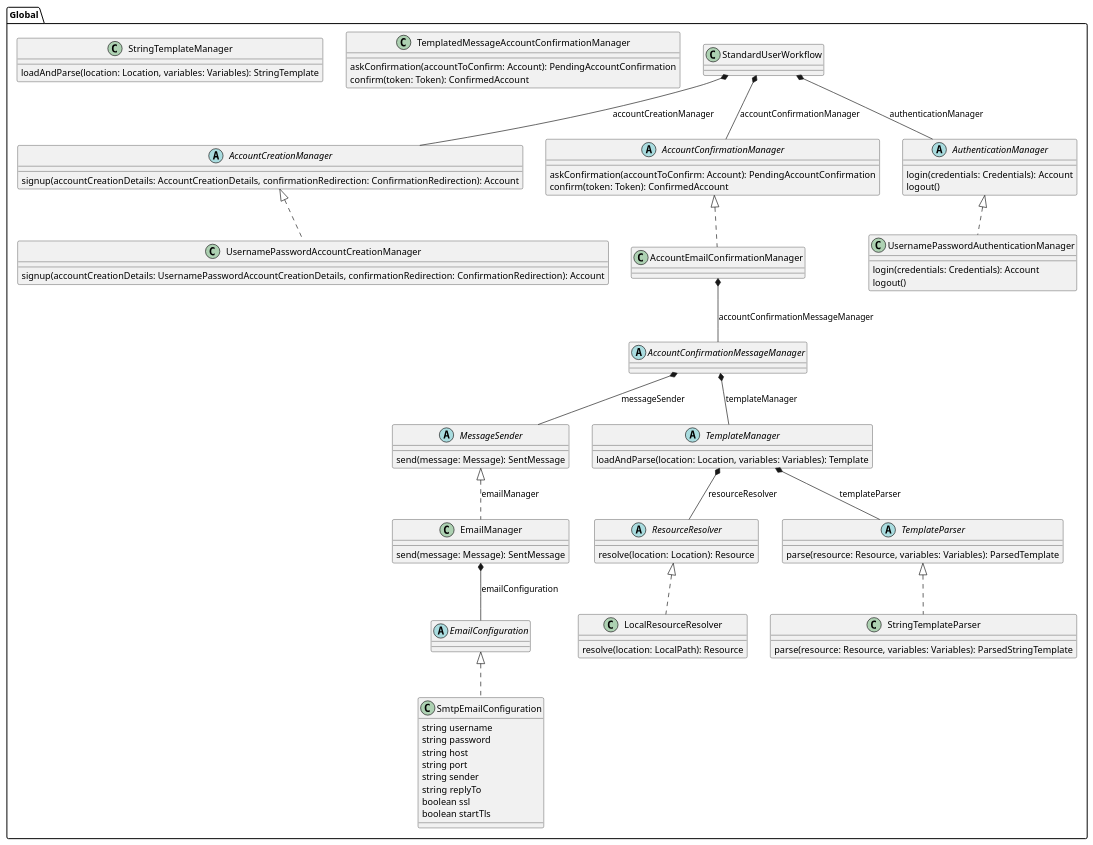
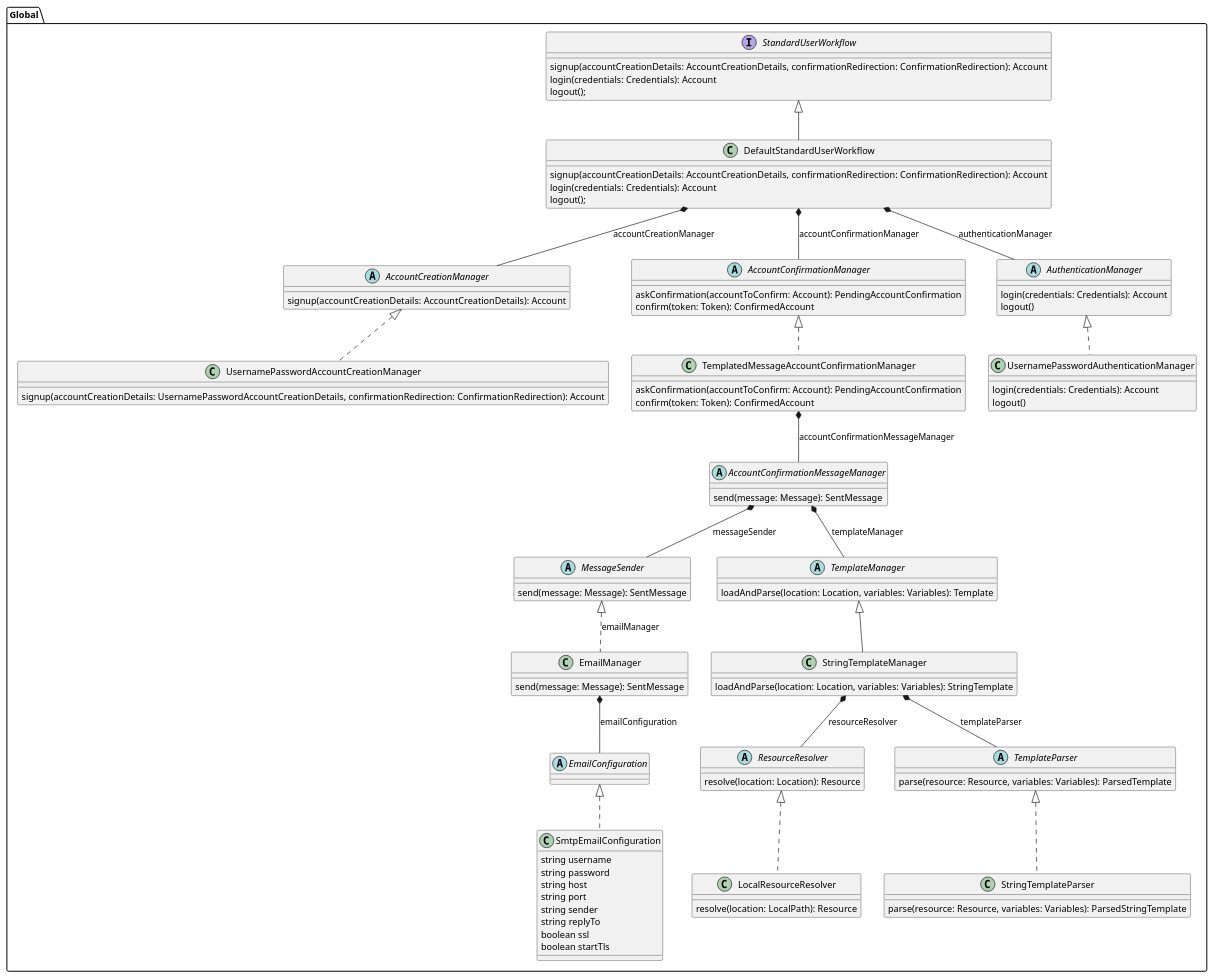
The diagram in src/docs/asciidoc/common/cloud-services/user-management/classes-diagram/global-classes-diagram.adoc (Naeoth/documentation), drawn with PlantUML before and after one commit. The commit also changed 1 other file, not shown here.

Commit message:
Update classes diagrams

```diff
--- a/src/docs/asciidoc/common/cloud-services/user-management/classes-diagram/global-classes-diagram.adoc
+++ b/src/docs/asciidoc/common/cloud-services/user-management/classes-diagram/global-classes-diagram.adoc
@@ -5,10 +5,22 @@
 [plantuml, global-classes-diagram, png]
 ....
 package "Global" {
-    class StandardUserWorkflow
+    interface StandardUserWorkflow {
+        signup(accountCreationDetails: AccountCreationDetails, confirmationRedirection: ConfirmationRedirection): Account
+        login(credentials: Credentials): Account
+        logout();
+    }
+
+    class DefaultStandardUserWorkflow {
+        signup(accountCreationDetails: AccountCreationDetails, confirmationRedirection: ConfirmationRedirection): Account
+        login(credentials: Credentials): Account
+        logout();
+    }
+
+    StandardUserWorkflow ^-- DefaultStandardUserWorkflow
 
     abstract class AccountCreationManager {
-        signup(accountCreationDetails: AccountCreationDetails, confirmationRedirection: ConfirmationRedirection): Account
+        signup(accountCreationDetails: AccountCreationDetails): Account
     }
     
     class UsernamePasswordAccountCreationManager {
@@ -36,15 +48,21 @@
         logout()
     }
 
-    StandardUserWorkflow *-- AccountCreationManager : accountCreationManager
-    StandardUserWorkflow *-- AccountConfirmationManager : accountConfirmationManager
-    StandardUserWorkflow *-- AuthenticationManager : authenticationManager
+    DefaultStandardUserWorkflow *-- AccountCreationManager : accountCreationManager
+    DefaultStandardUserWorkflow *-- AccountConfirmationManager : accountConfirmationManager
+    DefaultStandardUserWorkflow *-- AuthenticationManager : authenticationManager
 
     AuthenticationManager ^.. UsernamePasswordAuthenticationManager
     AccountCreationManager ^.. UsernamePasswordAccountCreationManager
-    AccountConfirmationManager ^.. AccountEmailConfirmationManager
+    AccountConfirmationManager ^.. TemplatedMessageAccountConfirmationManager
+    
 
-    abstract class AccountConfirmationMessageManager
+
+
+    abstract class AccountConfirmationMessageManager {
+        send(message: Message): SentMessage
+    }
+
     abstract class MessageSender {
         send(message: Message): SentMessage
     }
@@ -65,7 +83,7 @@
         boolean startTls
     }
 
-    AccountEmailConfirmationManager *-- AccountConfirmationMessageManager : accountConfirmationMessageManager
+    TemplatedMessageAccountConfirmationManager *-- AccountConfirmationMessageManager : accountConfirmationMessageManager
     AccountConfirmationMessageManager *-- MessageSender : messageSender 
     MessageSender <|.. EmailManager : emailManager
     EmailManager *-- EmailConfiguration : emailConfiguration
@@ -88,8 +106,9 @@
     }
 
     AccountConfirmationMessageManager *-- TemplateManager : templateManager
-    TemplateManager *-- ResourceResolver : resourceResolver
-    TemplateManager *-- TemplateParser : templateParser
+    TemplateManager ^-- StringTemplateManager
+    StringTemplateManager *-- ResourceResolver : resourceResolver
+    StringTemplateManager *-- TemplateParser : templateParser
 
     class LocalResourceResolver {
         resolve(location: LocalPath): Resource
```
